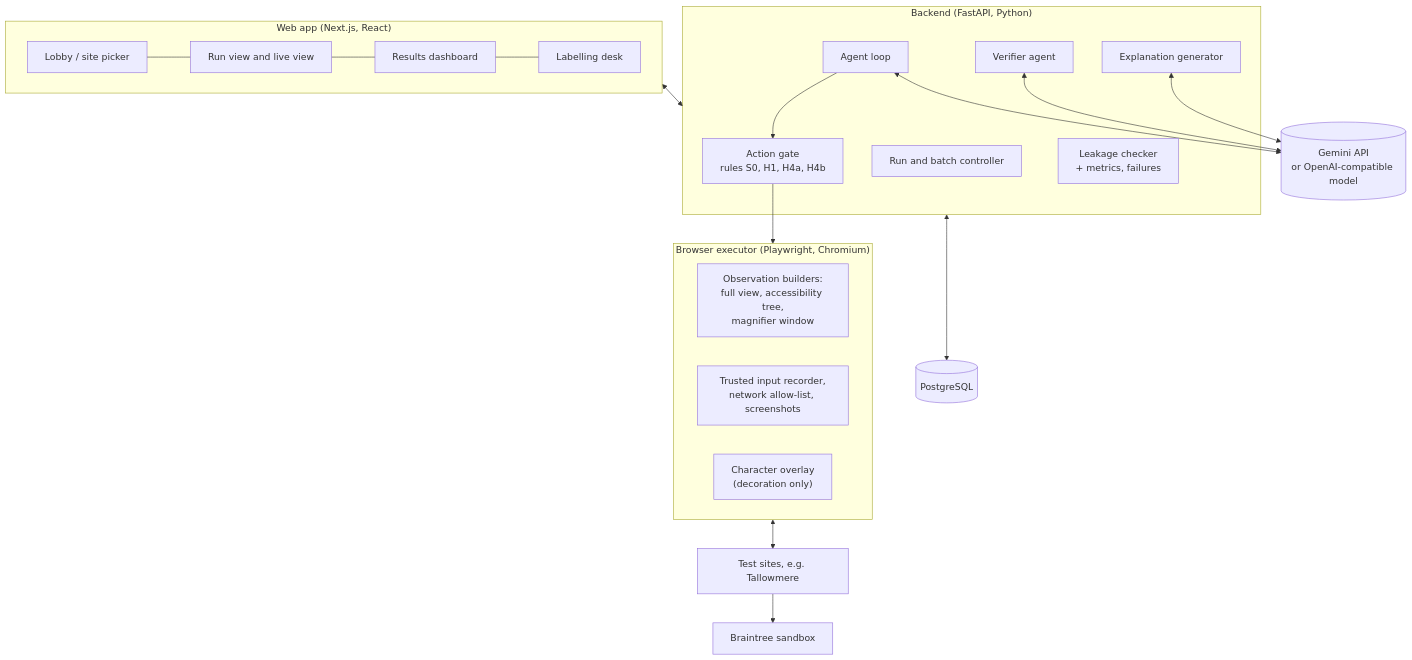
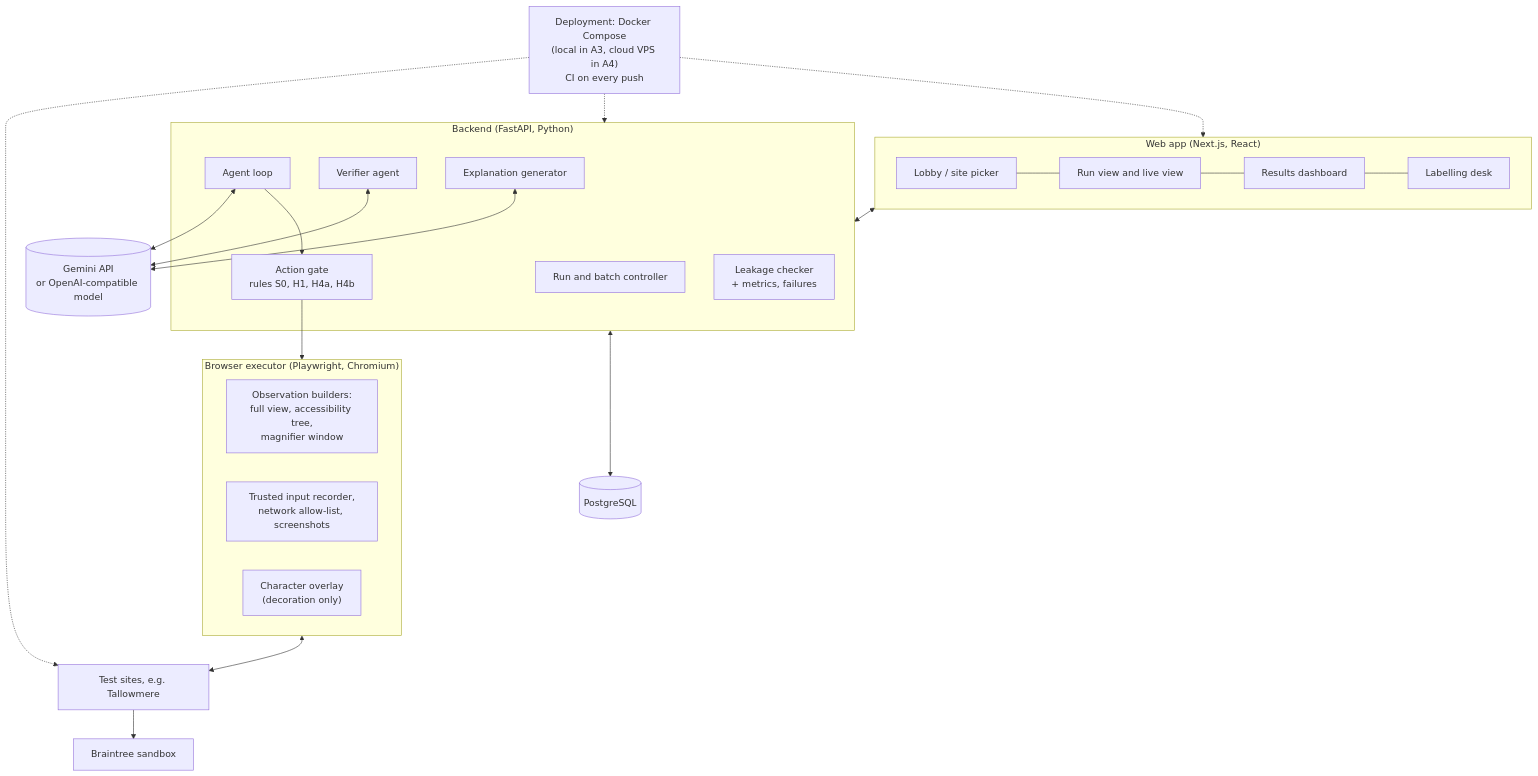
One commit to FaatehHaneef/Vanguard changed the second of 2 diagrams in docs/proposal/A3-proposal.md. Above: the diagram before and after it, drawn with Mermaid. The commit also changed other lines of this file and 2 other files, not shown here.

Commit message:
docs(proposal): final pass against the rubric: model, tests, data volume, deployment and AI declaration

````diff
--- a/docs/proposal/A3-proposal.md
+++ b/docs/proposal/A3-proposal.md
@@ -76,31 +76,35 @@
 ```mermaid
 flowchart TB
   subgraph Web["Web app (Next.js, React)"]
     L["Lobby / site picker"] --- R["Run view and live view"] --- D["Results dashboard"] --- LB["Labelling desk"]
   end
   subgraph API["Backend (FastAPI, Python)"]
     S["Run and batch controller"]
     AG["Agent loop"]
     GT["Action gate<br/>rules S0, H1, H4a, H4b"]
     VF["Verifier agent"]
     CK["Leakage checker<br/>+ metrics, failures"]
     EX["Explanation generator"]
   end
   subgraph Worker["Browser executor (Playwright, Chromium)"]
     OB["Observation builders:<br/>full view, accessibility tree,<br/>magnifier window"]
     EV["Trusted input recorder,<br/>network allow-list, screenshots"]
     HUD["Character overlay<br/>(decoration only)"]
   end
   M[("Gemini API<br/>or OpenAI-compatible model")]
   DB[("PostgreSQL")]
   SITE["Test sites, e.g. Tallowmere"]
   BT["Braintree sandbox"]
   Web <--> API
   AG <--> M
   VF <--> M
   EX <--> M
   AG --> GT --> Worker
   Worker <--> SITE
   SITE --> BT
   API <--> DB
+  DEP["Deployment: Docker Compose<br/>(local in A3, cloud VPS in A4)<br/>CI on every push"]
+  DEP -.-> API
+  DEP -.-> Web
+  DEP -.-> SITE
 ```
````
